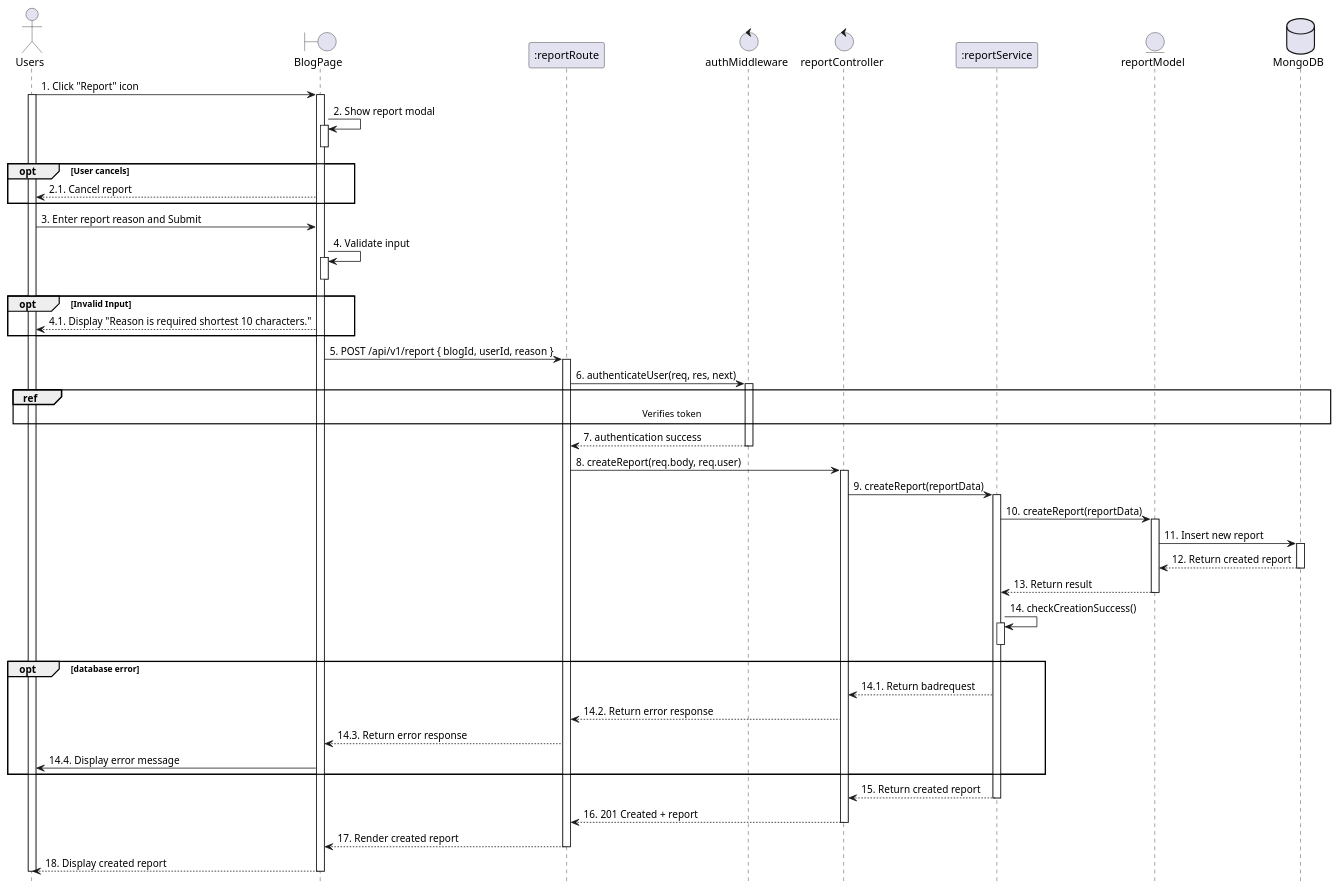
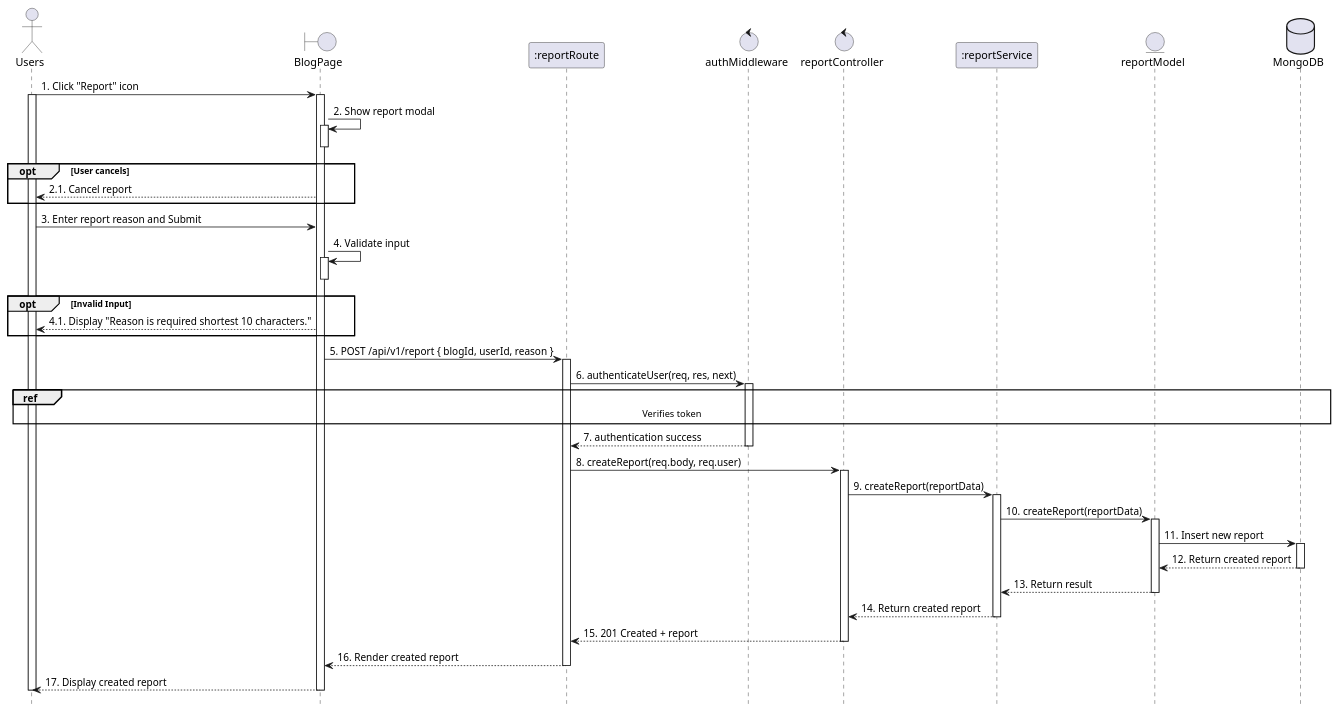
The diagram in planuml/web/19.1_createReport.puml (VietDurian/VietDurian), drawn with PlantUML before and after one commit. The commit also changed 14 other files, not shown here.

```diff
--- a/planuml/web/19.1_createReport.puml
+++ b/planuml/web/19.1_createReport.puml
@@ -1,84 +1,73 @@
 @startuml CreateReport
 
 actor User as "Users"
 boundary "BlogPage" as View 
 participant ":reportRoute" as Route 
 control "authMiddleware" as Auth 
 control "reportController" as Controller 
 participant ":reportService" as Service 
 entity "reportModel" as Model 
 database "MongoDB" as MongoDB 
 hide footbox
 
     User -> View: 1. Click "Report" icon 
     activate User
     activate View
 
     View -> View: 2. Show report modal
     activate View
     deactivate View
         opt User cancels
         View --> User: 2.1. Cancel report
     end
 
     User -> View: 3. Enter report reason and Submit
     View -> View: 4. Validate input
     activate View
     deactivate View
     opt Invalid Input
         View --> User: 4.1. Display "Reason is required shortest 10 characters."
     end
 
     View -> Route: 5. POST /api/v1/report { blogId, userId, reason }
     activate Route
     Route -> Auth: 6. authenticateUser(req, res, next)
     activate Auth
     ref over User, MongoDB : Verifies token
 
 
     Auth --> Route: 7. authentication success
     deactivate Auth
 
     Route -> Controller: 8. createReport(req.body, req.user)
     activate Controller
 
     Controller -> Service: 9. createReport(reportData)
     activate Service
 
     Service -> Model: 10. createReport(reportData)
     activate Model
 
     Model -> MongoDB: 11. Insert new report
     activate MongoDB
     MongoDB --> Model: 12. Return created report
     deactivate MongoDB
 
     Model --> Service: 13. Return result
     deactivate Model
 
-    Service -> Service: 14. checkCreationSuccess()
-    activate Service
+    Service --> Controller: 14. Return created report
     deactivate Service
 
-    opt database error
-        Service --> Controller: 14.1. Return badrequest
-        Controller --> Route: 14.2. Return error response
-        Route --> View: 14.3. Return error response
-        View -> User: 14.4. Display error message
-    end
-
-    Service --> Controller: 15. Return created report
-    deactivate Service
-
-    Controller --> Route: 16. 201 Created + report
+    Controller --> Route: 15. 201 Created + report
     deactivate Controller
 
-    Route --> View: 17. Render created report
+    Route --> View: 16. Render created report
     deactivate Route
 
-    View --> User: 18. Display created report
+    View --> User: 17. Display created report
     deactivate View
     deactivate User
 
 
 @enduml
```
